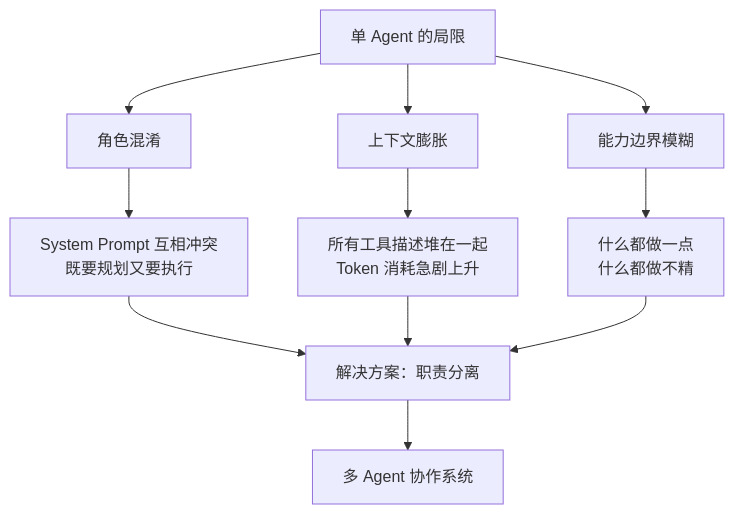
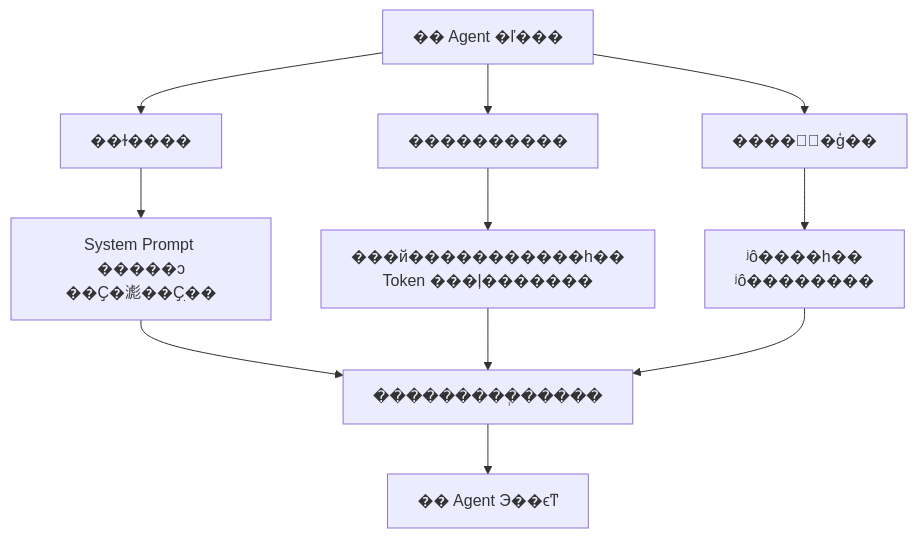
Before and after one commit to TimeHunter618/hugo-maid-dev: the first of 8 diagrams in content/post/ai-interview/多Agent系统如何设计.zh-CN.md, drawn with Mermaid. The commit also changed other lines of this file and 70 other files, not shown here.

````diff
--- a/content/post/ai-interview/多Agent系统如何设计.zh-CN.md
+++ b/content/post/ai-interview/多Agent系统如何设计.zh-CN.md
@@ -37,15 +37,15 @@
 ```mermaid
 graph TD
-    A["单 Agent 的局限"] --> B["角色混淆"]
-    A --> C["上下文膨胀"]
-    A --> D["能力边界模糊"]
+    A["�� Agent �ľ���"] --> B["��ɫ����"]
+    A --> C["����������"]
+    A --> D["�����߽�ģ��"]
 
-    B --> B1["System Prompt 互相冲突<br/>既要规划又要执行"]
-    C --> C1["所有工具描述堆在一起<br/>Token 消耗急剧上升"]
-    D --> D1["什么都做一点<br/>什么都做不精"]
+    B --> B1["System Prompt �����ͻ<br/>��Ҫ�滮��Ҫִ��"]
+    C --> C1["���й�����������һ��<br/>Token ���ļ�������"]
+    D --> D1["ʲô����һ��<br/>ʲô��������"]
 
-    B1 --> E["解决方案：职责分离"]
+    B1 --> E["���������ְ�����"]
     C1 --> E
     D1 --> E
-    E --> F["多 Agent 协作系统"]
+    E --> F["�� Agent Э��ϵͳ"]
 ```
````
